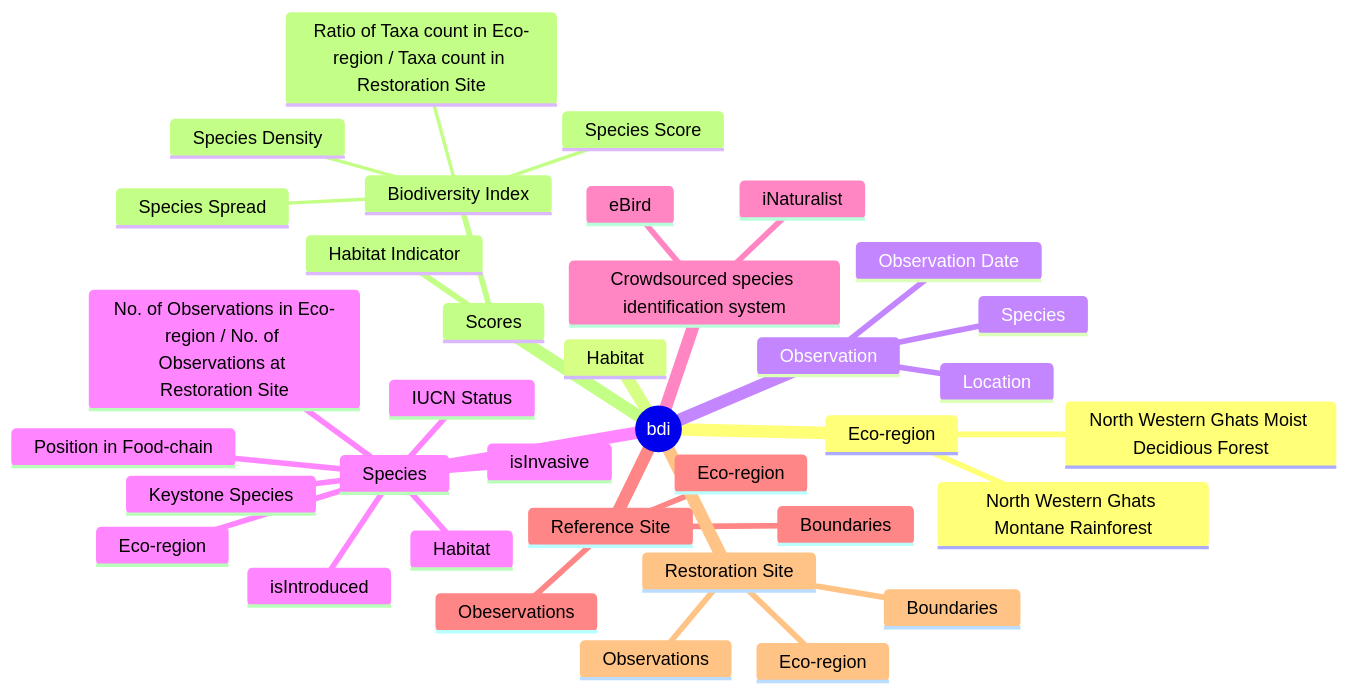
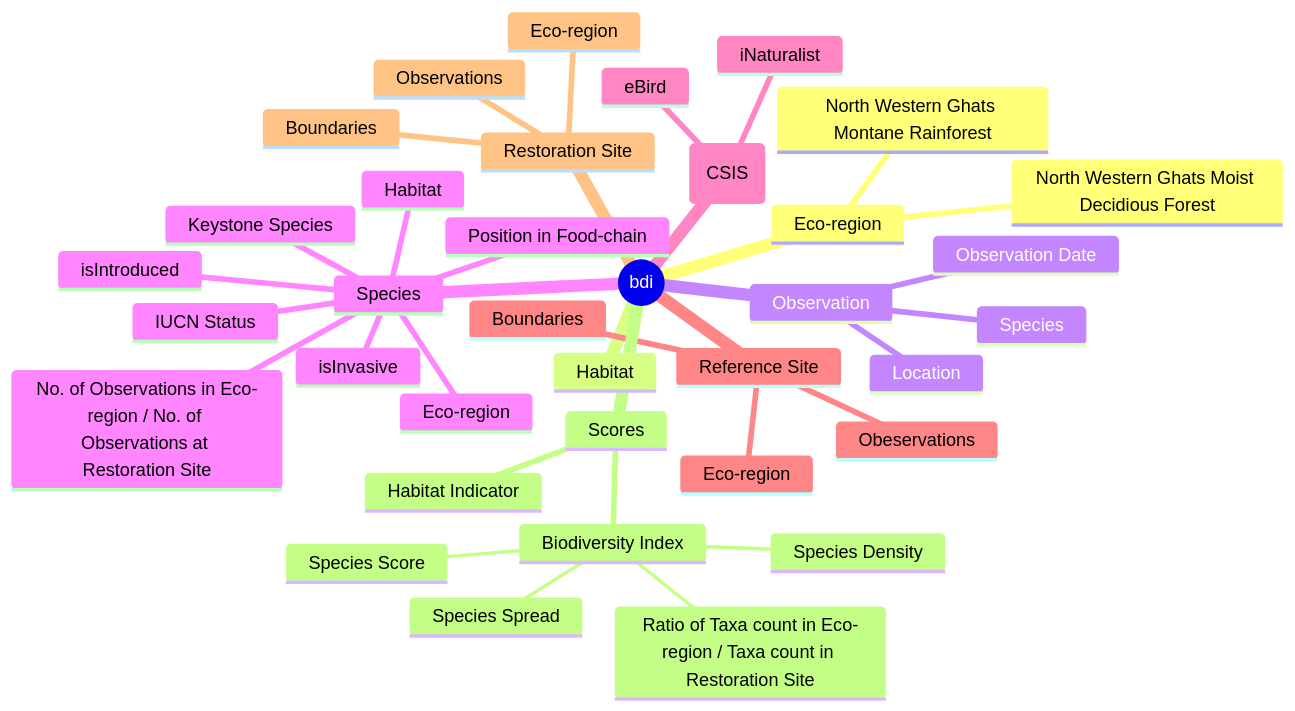
The first of 2 diagrams in README.md (maulikdave-fh/bdi), drawn with Mermaid before and after one commit. The commit also changed other lines of this file, not shown here.

Commit message:
add purpose, tools and concept diagram

````diff
--- a/README.md
+++ b/README.md
@@ -1,40 +11,39 @@
 ```mermaid
     mindmap
       root((bdi))
         Eco-region
           North Western Ghats Montane Rainforest
           North Western Ghats Moist Decidious Forest
         Habitat
         Observation
           Location
           Observation Date
           Species            
         Species
           Eco-region
           Habitat
           Keystone Species
           IUCN Status
           isInvasive
           isIntroduced
           No. of Observations in Eco-region / No. of Observations at Restoration Site
           Position in Food-chain            
-        Crowdsourced species identification system
+        Crowdsourced Species Identification System (CSIS)
           iNaturalist
           eBird
         Reference Site
           Boundaries
           Obeservations
           Eco-region
         Restoration Site
           Boundaries
           Observations
           Eco-region
         Scores
           Biodiversity Index
             Species Density
             Species Spread
             Species Score
             Ratio of Taxa count in Eco-region / Taxa count in Restoration Site
-          Habitat Indicator
-              
+          Habitat Indicator              
 ```
````
